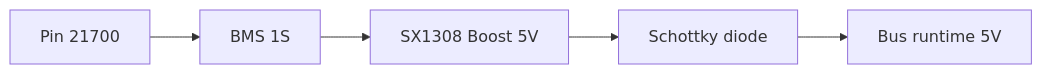
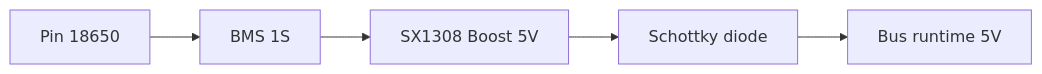
The diagram in resources/reports/thesis/final/assets/uml/07-chuong-4-trien-khai-hardware-hinh-4-8.mmd (anmh1205/IoT_Vehicle_Tracking_System), drawn with Mermaid before and after one commit. The commit also changed 34 other files, not shown here.

```diff
--- a/resources/reports/thesis/final/assets/uml/07-chuong-4-trien-khai-hardware-hinh-4-8.mmd
+++ b/resources/reports/thesis/final/assets/uml/07-chuong-4-trien-khai-hardware-hinh-4-8.mmd
@@ -1,5 +1,5 @@
 flowchart LR
-    Cell["Pin 21700"] --> BMS["BMS 1S"]
+    Cell["Pin 18650"] --> BMS["BMS 1S"]
     BMS --> Boost["SX1308 Boost 5V"]
     Boost --> D["Schottky diode"]
     D --> Runtime["Bus runtime 5V"]
```
